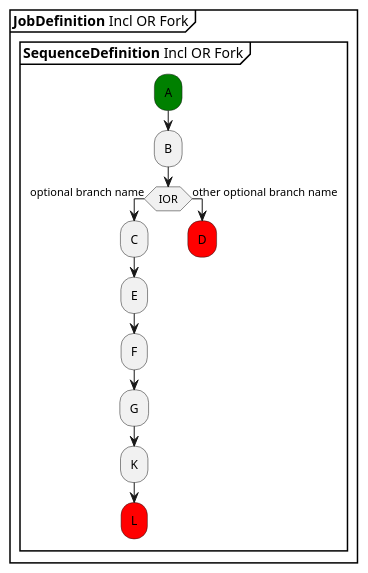
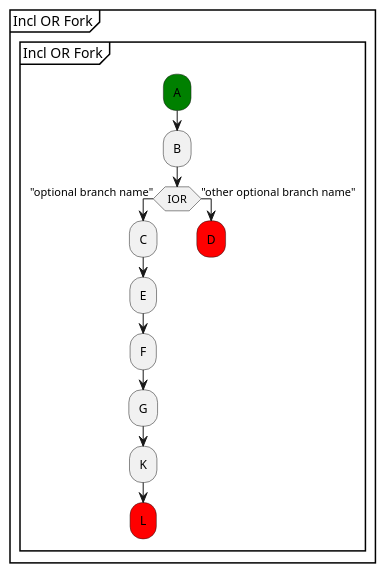
The diagram in models/SequenceVerificationDataCentric/puml/Tutorial_4.puml (xtuml/munin), drawn with PlantUML before and after one commit. The commit also changed 3 other files, not shown here.

```diff
--- a/models/SequenceVerificationDataCentric/puml/Tutorial_4.puml
+++ b/models/SequenceVerificationDataCentric/puml/Tutorial_4.puml
@@ -7,20 +7,20 @@
 @startuml 
-partition "**JobDefinition** Incl OR Fork" {
-group **SequenceDefinition** Incl OR Fork
+partition "Incl OR Fork" {
+group "Incl OR Fork"
       #green:A;
       :B;
-  if (IOR) then (optional branch name) 
+  if (IOR) then ("optional branch name") 
       :C;
       :E;
       :F;
       :G;
       :K;
       #red:L;
       detach
-  else (other optional branch name)
+  else ("other optional branch name")
       #red:D;
+      detach
   endif
-      detach
 end group
 }      
 @enduml
```
